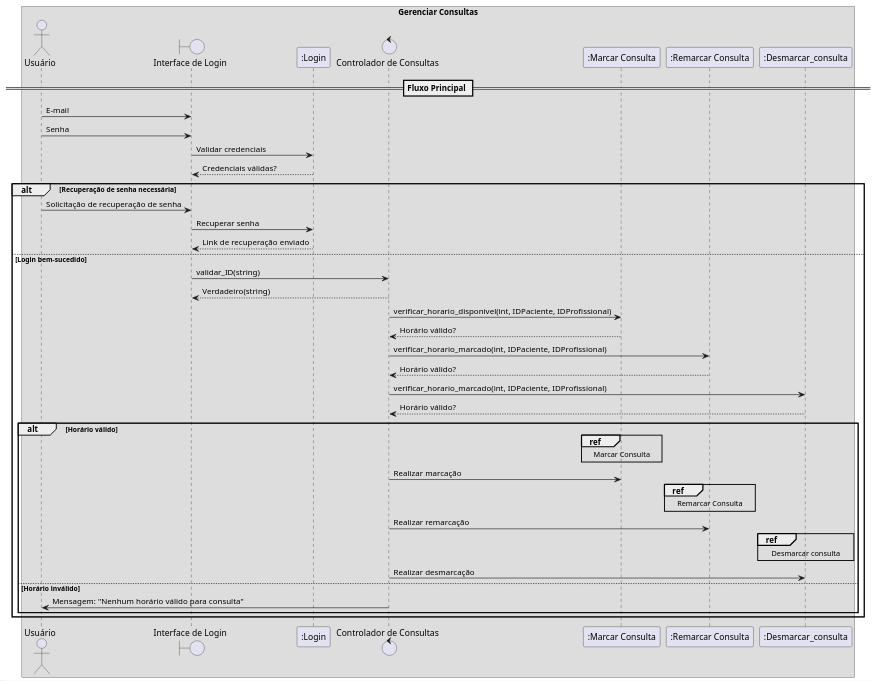
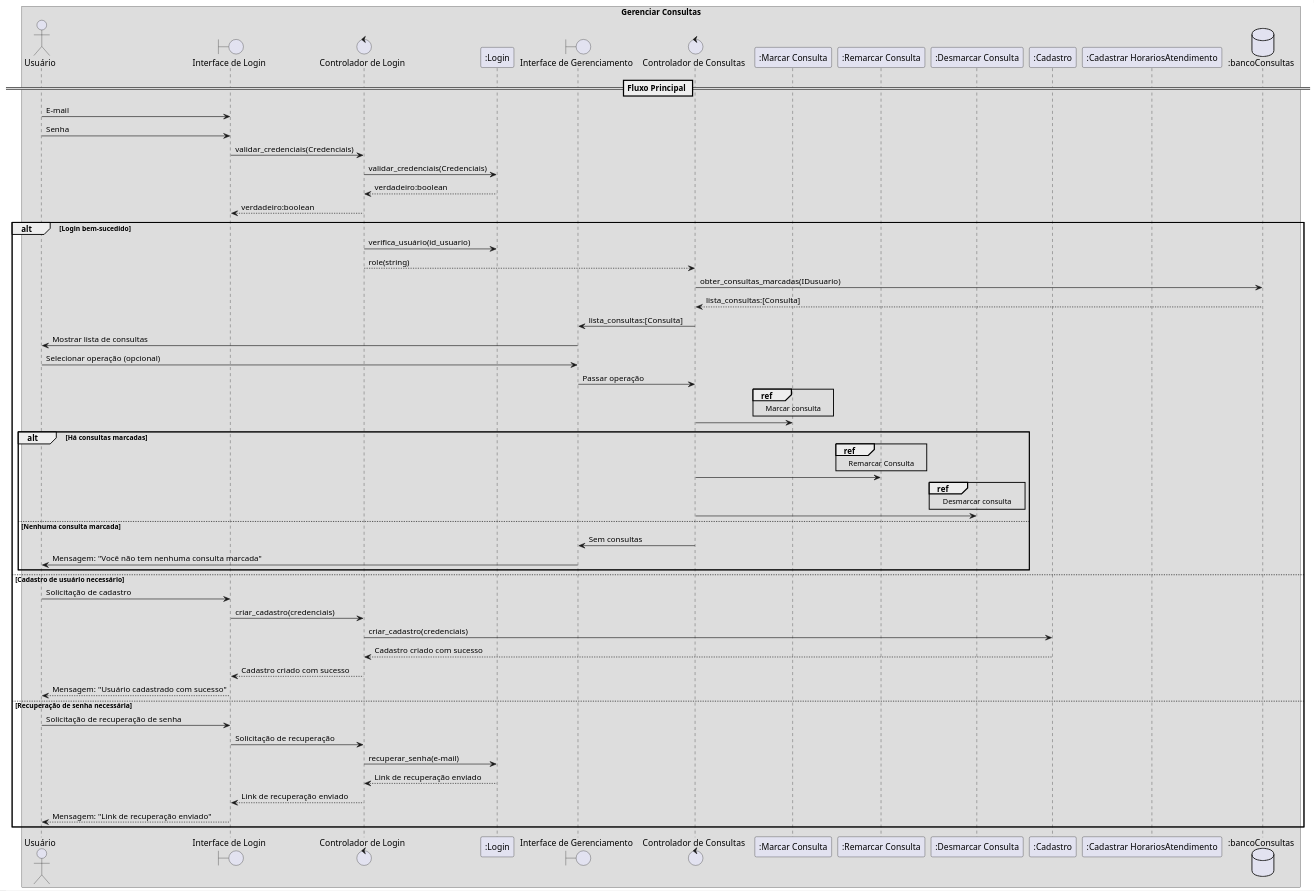
The diagram in diagrama_sequencia_gerenciar.plantuml (catarinamoreiralima/apoo), drawn with PlantUML before and after one commit. The commit also changed 13 other files, not shown here.

Commit message:
novos diagramas for real

```diff
--- a/diagrama_sequencia_gerenciar.plantuml
+++ b/diagrama_sequencia_gerenciar.plantuml
@@ -1,50 +1,64 @@
 @startuml
-box "Gerenciar Consultas" 
-    actor Usuário
-    boundary "Interface de Login" as Login
-    participant ":Login" as ModuloLogin
-    control "Controlador de Consultas" as Controlador
-    participant ":Marcar Consulta" as ModuloMarcar
-    participant ":Remarcar Consulta" as ModuloRemarcar
-    participant ":Desmarcar_consulta" as ModuloDesmarcar
+box "Gerenciar Consultas"
+actor Usuário
+boundary "Interface de Login" as Login
+control "Controlador de Login" as ControladorLogin
+participant ":Login" as ModuloLogin
+boundary "Interface de Gerenciamento" as InterfaceGerenciamento
+control "Controlador de Consultas" as Controlador
+participant ":Marcar Consulta" as ModuloMarcar
+participant ":Remarcar Consulta" as ModuloRemarcar
+participant ":Desmarcar Consulta" as ModuloDesmarcar
+participant ":Cadastro" as ModuloCadastro
+participant ":Cadastrar HorariosAtendimento" as ModuloHorarios
+database ":bancoConsultas" as BancoConsultas
 
-    == Fluxo Principal ==
-    Usuário -> Login : E-mail
-    Usuário -> Login : Senha
-    Login -> ModuloLogin : Validar credenciais
-    ModuloLogin --> Login : Credenciais válidas?
-    
-    alt Recuperação de senha necessária
-        Usuário -> Login : Solicitação de recuperação de senha
-        Login -> ModuloLogin : Recuperar senha
-        ModuloLogin --> Login : Link de recuperação enviado
-    else Login bem-sucedido
-        Login -> Controlador : validar_ID(string)
-        Controlador --> Login : Verdadeiro(string)
+== Fluxo Principal ==
+Usuário -> Login : E-mail
+Usuário -> Login : Senha
+Login -> ControladorLogin : validar_credenciais(Credenciais)
+ControladorLogin -> ModuloLogin : validar_credenciais(Credenciais)
+ModuloLogin --> ControladorLogin : verdadeiro:boolean
+ControladorLogin --> Login : verdadeiro:boolean
 
-        Controlador -> ModuloMarcar : verificar_horario_disponivel(int, IDPaciente, IDProfissional)
-        ModuloMarcar --> Controlador : Horário válido?
+alt Login bem-sucedido
+    ControladorLogin -> ModuloLogin : verifica_usuário(id_usuario)
+    ControladorLogin --> Controlador : role(string)
+    Controlador -> BancoConsultas : obter_consultas_marcadas(IDusuario)
+    BancoConsultas --> Controlador : lista_consultas:[Consulta]
+    Controlador -> InterfaceGerenciamento : lista_consultas:[Consulta]
+    InterfaceGerenciamento -> Usuário : Mostrar lista de consultas
 
-        Controlador -> ModuloRemarcar : verificar_horario_marcado(int, IDPaciente, IDProfissional)
-        ModuloRemarcar --> Controlador : Horário válido?
 
-        Controlador -> ModuloDesmarcar : verificar_horario_marcado(int, IDPaciente, IDProfissional)
-        ModuloDesmarcar --> Controlador : Horário válido?
+    Usuário -> InterfaceGerenciamento : Selecionar operação (opcional)
+    InterfaceGerenciamento -> Controlador : Passar operação
+    ref over ModuloMarcar : Marcar consulta
+    Controlador -> ModuloMarcar
 
-        alt Horário válido
+    alt Há consultas marcadas
+        ref over ModuloRemarcar : Remarcar Consulta
+        Controlador -> ModuloRemarcar
+        ref over ModuloDesmarcar : Desmarcar consulta
+        Controlador -> ModuloDesmarcar
+    else Nenhuma consulta marcada
+        Controlador -> InterfaceGerenciamento: Sem consultas
+        InterfaceGerenciamento -> Usuário : Mensagem: "Você não tem nenhuma consulta marcada"
+    end
+else Cadastro de usuário necessário
+    Usuário -> Login : Solicitação de cadastro
+    Login -> ControladorLogin : criar_cadastro(credenciais)
+    ControladorLogin -> ModuloCadastro : criar_cadastro(credenciais)
+    ModuloCadastro --> ControladorLogin : Cadastro criado com sucesso
+    ControladorLogin --> Login : Cadastro criado com sucesso
+    Login --> Usuário : Mensagem: "Usuário cadastrado com sucesso"
 
-            ref over ModuloMarcar : Marcar Consulta
-            Controlador -> ModuloMarcar : Realizar marcação
-
-            ref over ModuloRemarcar : Remarcar Consulta
-            Controlador -> ModuloRemarcar : Realizar remarcação
-
-            ref over ModuloDesmarcar : Desmarcar consulta
-            Controlador -> ModuloDesmarcar : Realizar desmarcação
-
-        else Horário inválido
-            Controlador -> Usuário : Mensagem: "Nenhum horário válido para consulta"
-        end
-    end
+else Recuperação de senha necessária
+    Usuário -> Login : Solicitação de recuperação de senha
+    Login -> ControladorLogin : Solicitação de recuperação
+    ControladorLogin -> ModuloLogin : recuperar_senha(e-mail)
+    ModuloLogin --> ControladorLogin : Link de recuperação enviado
+    ControladorLogin --> Login : Link de recuperação enviado
+    Login --> Usuário : Mensagem: "Link de recuperação enviado"
+end
 end box
 @enduml
```
